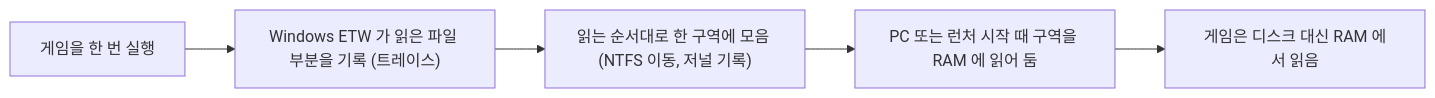
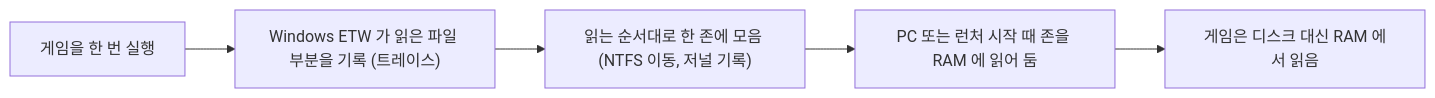
The diagram in README.ko.md (DO0OG/AsterCache), drawn with Mermaid before and after one commit. The commit also changed other lines of this file and 26 other files, not shown here.

````diff
--- a/README.ko.md
+++ b/README.ko.md
@@ -84,4 +84,4 @@
 ```mermaid
 flowchart LR
-    A["게임을 한 번 실행"] --> B["Windows ETW 가 읽은 파일 부분을 기록 (트레이스)"] --> C["읽는 순서대로 한 구역에 모음 (NTFS 이동, 저널 기록)"] --> D["PC 또는 런처 시작 때 구역을 RAM 에 읽어 둠"] --> E["게임은 디스크 대신 RAM 에서 읽음"]
+    A["게임을 한 번 실행"] --> B["Windows ETW 가 읽은 파일 부분을 기록 (트레이스)"] --> C["읽는 순서대로 한 존에 모음 (NTFS 이동, 저널 기록)"] --> D["PC 또는 런처 시작 때 존을 RAM 에 읽어 둠"] --> E["게임은 디스크 대신 RAM 에서 읽음"]
 ```
````
